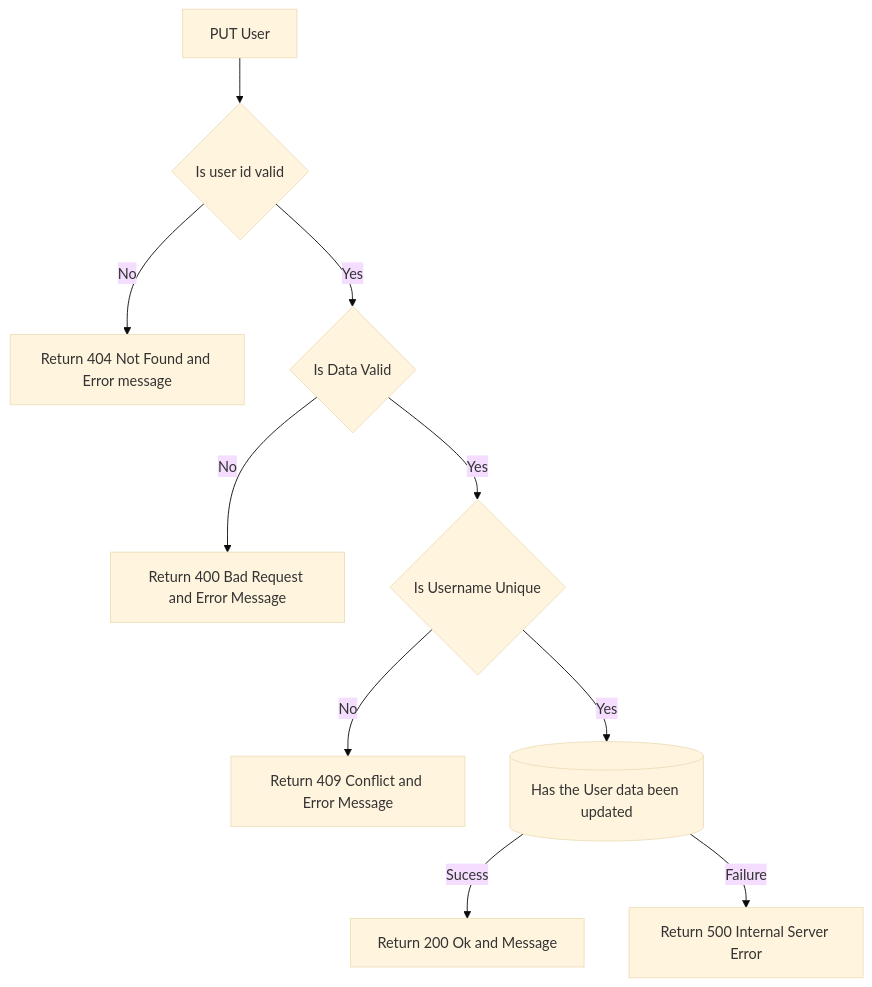
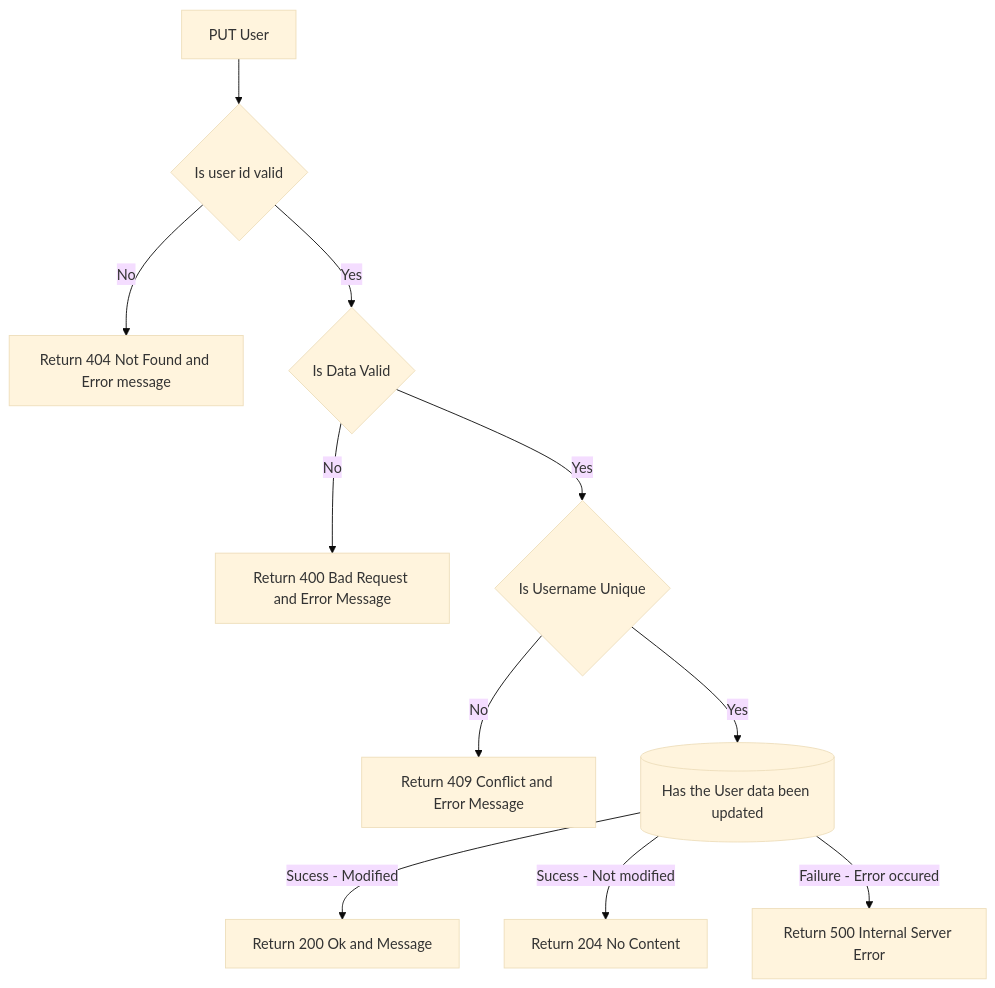
One commit to kalsmic/tdd_challenge changed the seventh of 8 diagrams in README.md. Above: the diagram before and after it, drawn with Mermaid (base theme). The commit also changed other lines of this file, not shown here.

Commit message:
modify update user functionality

````diff
--- a/README.md
+++ b/README.md
@@ -86,12 +87,13 @@
 ```mermaid
 graph TD
 A[PUT User] --> B{Is user id valid}
 B -->|No|C[Return 404 Not Found and Error message]
 B -->|Yes|D{Is Data Valid}
 D -->|No|E[Return 400 Bad Request and Error Message]
 D -->|Yes|F{Is Username Unique}
 F -->|No|G[Return 409 Conflict and Error Message]
 F -->|Yes|H[(Has the User data been updated)]
-H -->|Sucess|I[Return 200 Ok and Message]
-H -->|Failure|J[Return 500 Internal Server Error]
+H -->|Sucess - Modified|I[Return 200 Ok and Message]
+H -->|Sucess - Not modified|J[Return 204 No Content]
+H -->|Failure - Error occured |K[Return 500 Internal Server Error]
 ```
````
